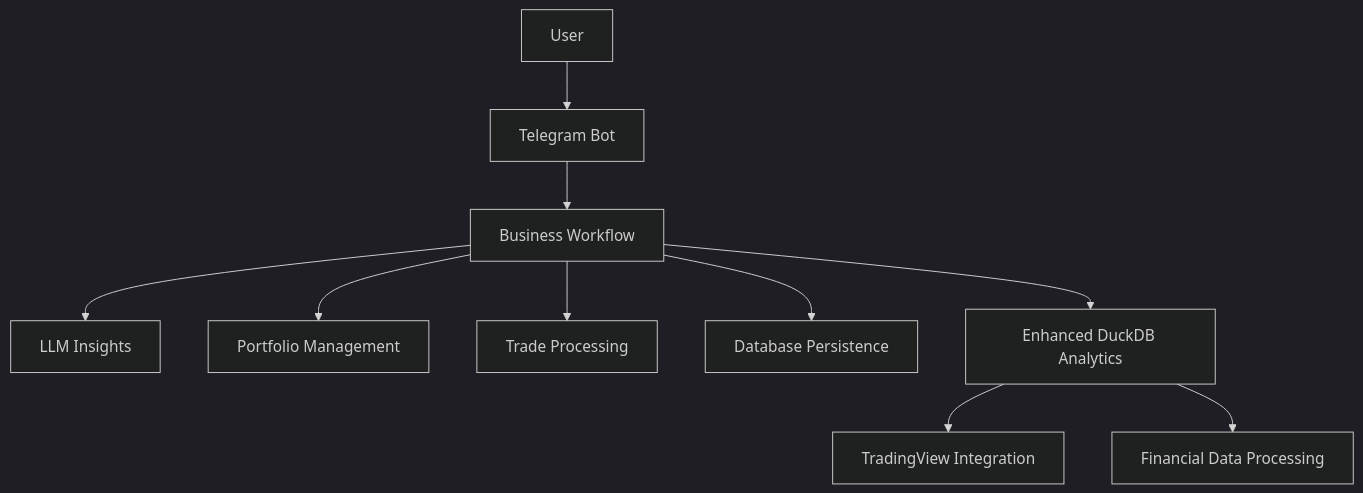
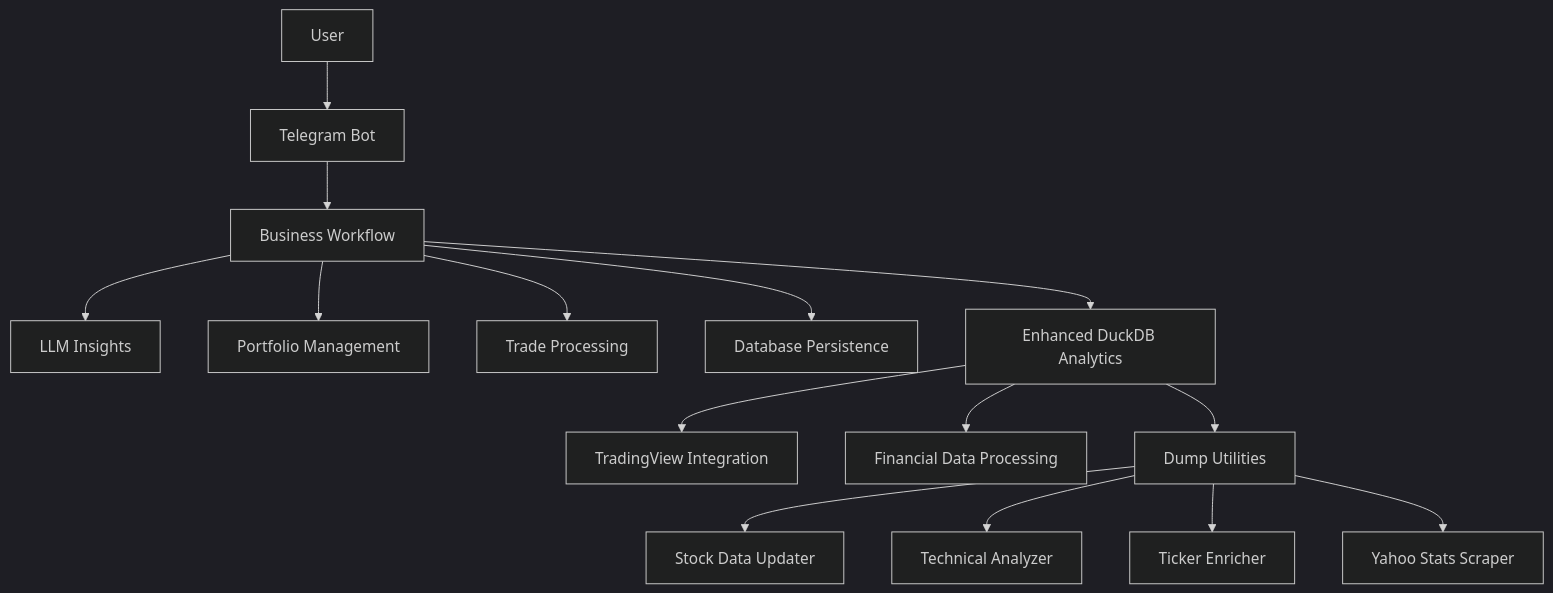
One commit to ZengSeng/telegram-bot changed diagram 11 of 12 in .qoder/repowiki/en/content/Core Components/Analysis Framework.md. Above: the diagram before and after it, drawn with Mermaid (dark theme). The commit also changed other lines of this file and 9 other files, not shown here.

````diff
--- a/.qoder/repowiki/en/content/Core Components/Analysis Framework.md
+++ b/.qoder/repowiki/en/content/Core Components/Analysis Framework.md
@@ -436,12 +538,17 @@
 ```mermaid
 graph TB
 User["User"] --> Telegram["Telegram Bot"]
 Telegram --> Workflow["Business Workflow"]
 Workflow --> AI["LLM Insights"]
 Workflow --> Portfolio["Portfolio Management"]
 Workflow --> Trades["Trade Processing"]
 Workflow --> Storage["Database Persistence"]
-Workflow --> Analytics["Enhanced DuckDB Analytics"]
-Analytics --> TradingView["TradingView Integration"]
-Analytics --> FinancialData["Financial Data Processing"]
+Workflow --> EnhancedAnalytics["Enhanced DuckDB Analytics"]
+EnhancedAnalytics --> TradingView["TradingView Integration"]
+EnhancedAnalytics --> FinancialData["Financial Data Processing"]
+EnhancedAnalytics --> DumpUtilities["Dump Utilities"]
+DumpUtilities --> StockDataUpdater["Stock Data Updater"]
+DumpUtilities --> TechnicalAnalyzer["Technical Analyzer"]
+DumpUtilities --> TickerEnricher["Ticker Enricher"]
+DumpUtilities --> YahooScraper["Yahoo Stats Scraper"]
 ```
````
